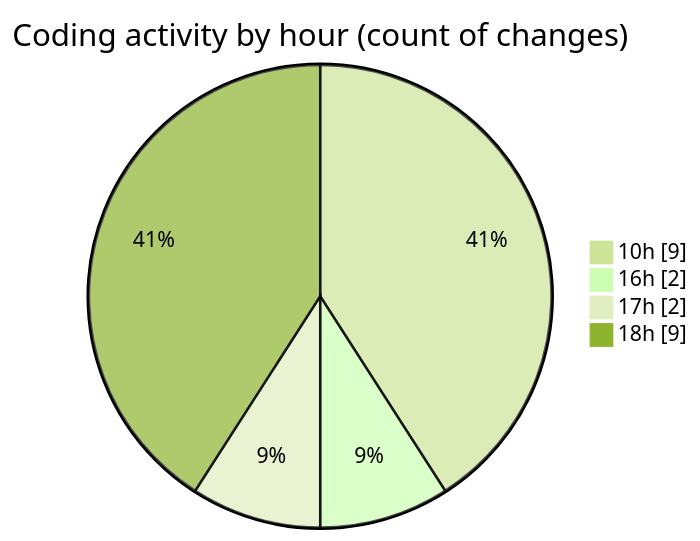
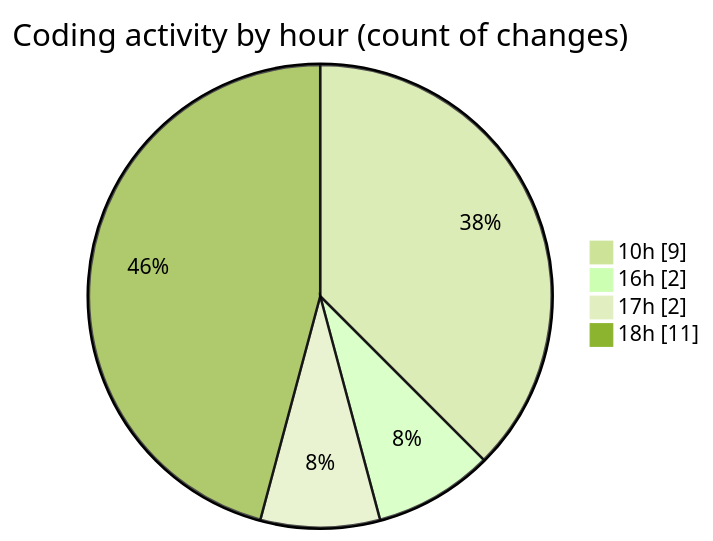
The second of 2 diagrams in 2025-10-10/eventscop-api-guide__workspace_/README.md (julien-gomy/code-tracking), drawn with Mermaid (forest theme) before and after one commit. The commit also changed other lines of this file and 1 other file, not shown here.

````diff
--- a/2025-10-10/eventscop-api-guide__workspace_/README.md
+++ b/2025-10-10/eventscop-api-guide__workspace_/README.md
@@ -31,8 +31,8 @@
 ```mermaid
 pie showData
 title Coding activity by hour (count of changes)
 "10h" : 9
 "16h" : 2
 "17h" : 2
-"18h" : 9
+"18h" : 11
 ```
````
